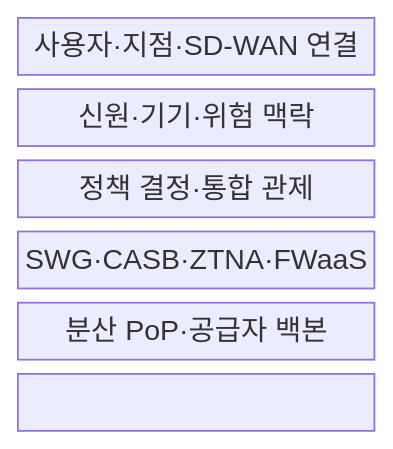
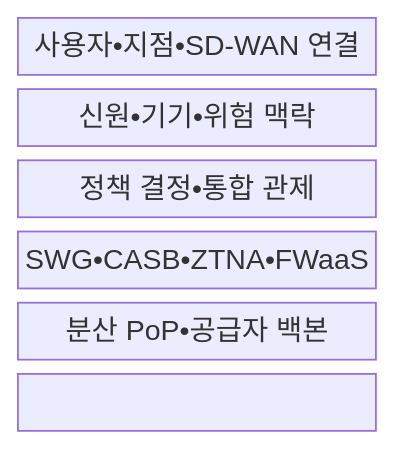
The first of 2 diagrams in src/content/docs/notes/05-security/141_sase_architecture.md (agnusdei1207/knowledge-base), drawn with Mermaid before and after one commit. The commit also changed other lines of this file and 953 other files, not shown here.

````diff
--- a/src/content/docs/notes/05-security/141_sase_architecture.md
+++ b/src/content/docs/notes/05-security/141_sase_architecture.md
@@ -66,11 +66,11 @@
 ```mermaid
 block-beta
   columns 1
-  C["사용자·지점·SD-WAN 연결"]
-  X["신원·기기·위험 맥락"]
-  P["정책 결정·통합 관제"]
-  S["SWG·CASB·ZTNA·FWaaS"]
-  N["분산 PoP·공급자 백본"]
+  C["사용자•지점•SD-WAN 연결"]
+  X["신원•기기•위험 맥락"]
+  P["정책 결정•통합 관제"]
+  S["SWG•CASB•ZTNA•FWaaS"]
+  N["분산 PoP•공급자 백본"]
   C --- X --- P
   P --- S --- N
 ```
````
